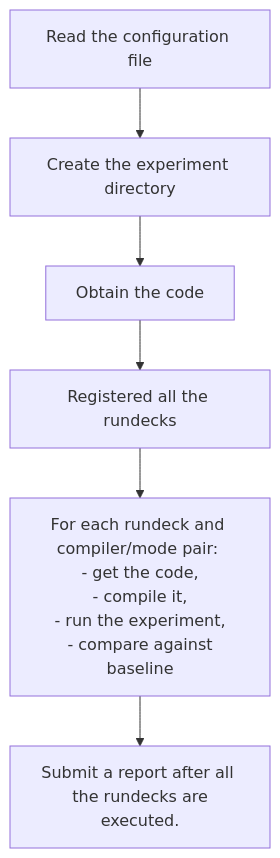
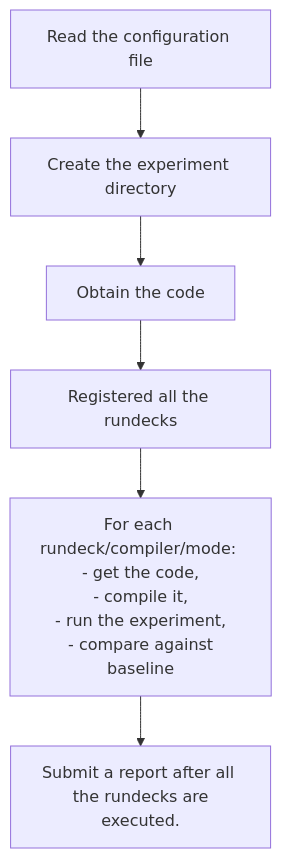
Before and after one commit to astg606/modelE_regression: the diagram in README.md, drawn with Mermaid.

Commit message:
Fix flowchart text in README.md for clarity

````diff
--- a/README.md
+++ b/README.md
@@ -33,8 +33,8 @@
 ```mermaid
 flowchart TB
     A[Read the configuration file] --> B[Create the experiment directory]
     B --> C[Obtain the code]
     C --> D[Registered all the rundecks]
-    D --> F[For each rundeck and compiler/mode pair: <br> - get the code, <br> - compile it, <br> - run the experiment, <br> - compare against baseline]
+    D --> F[For each rundeck/compiler/mode: <br> - get the code, <br> - compile it, <br> - run the experiment, <br> - compare against baseline]
     F --> G[Submit a report after all <br> the rundecks are executed.]
 ```
````
